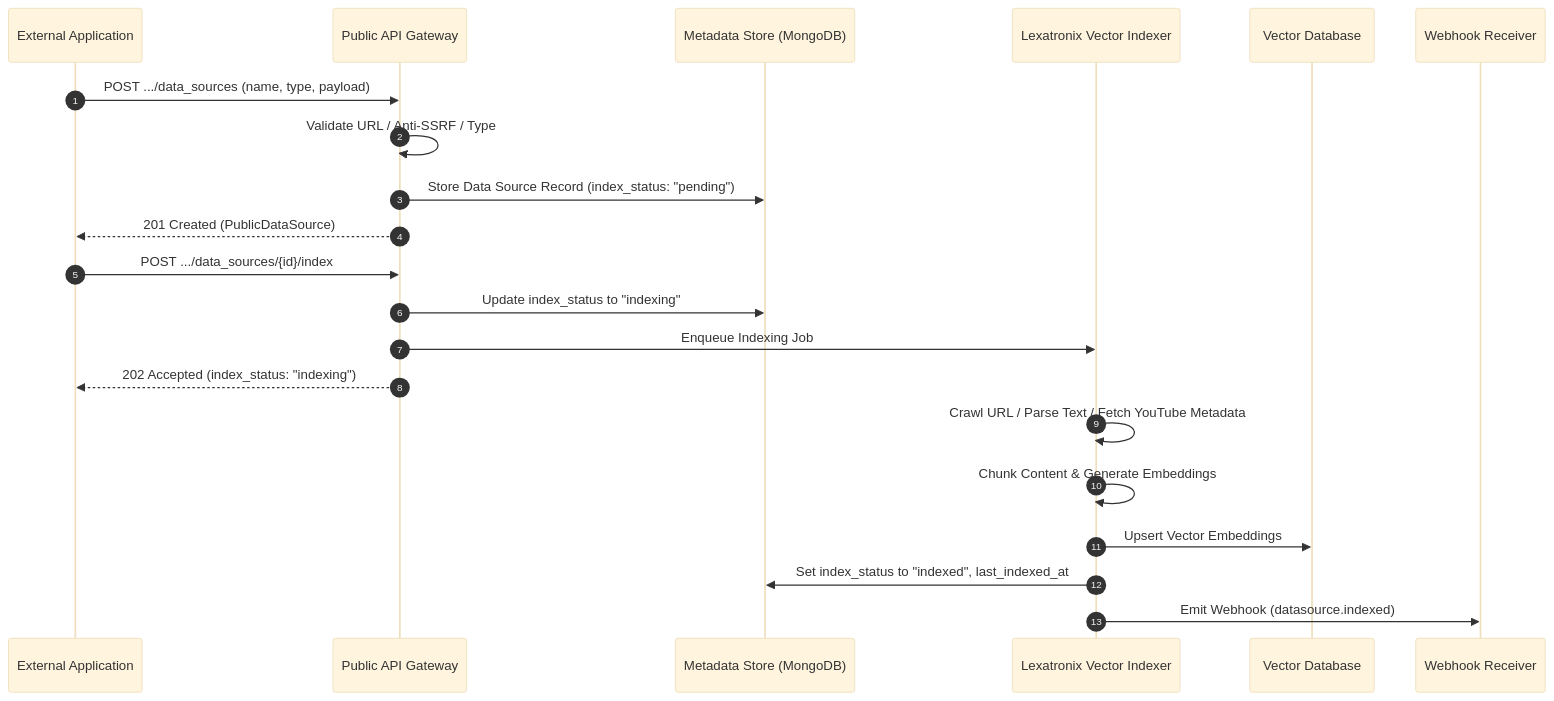
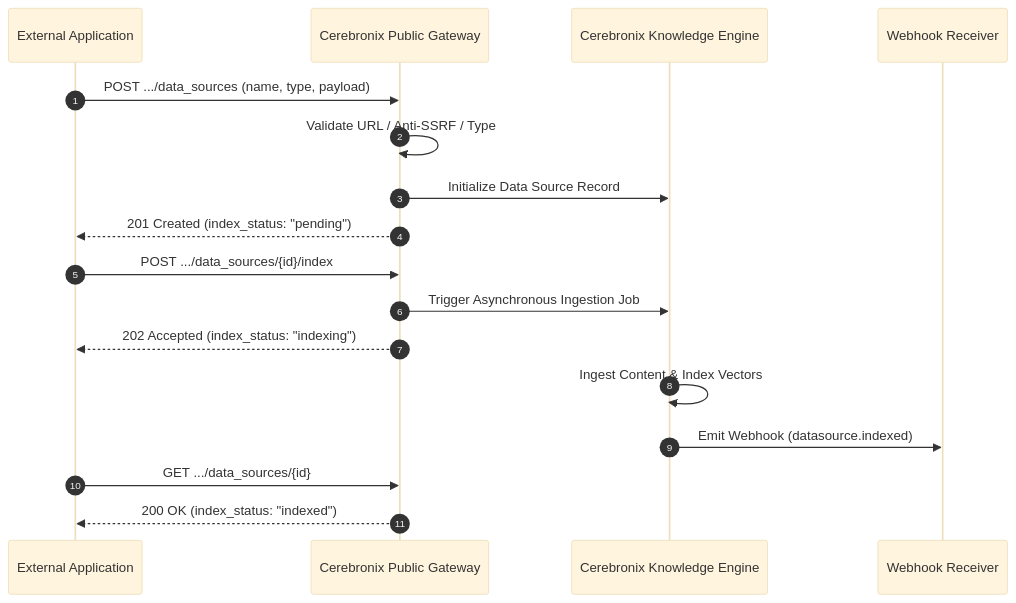
The diagram in apps/socs/content/docs/current/knowledge.mdx (Cerebronix-AI/cerebronix-docs), drawn with Mermaid (base theme) before and after one commit. The commit also changed other lines of this file and 32 other files, not shown here.

Commit message:
feat(docs): enforce black-box architecture and information disclosure safeguards

````diff
--- a/apps/socs/content/docs/current/knowledge.mdx
+++ b/apps/socs/content/docs/current/knowledge.mdx
@@ -19,26 +19,23 @@
 ```mermaid
 sequenceDiagram
     autonumber
     participant App as External Application
-    participant API as Public API Gateway
-    participant DB as Metadata Store (MongoDB)
-    participant Worker as Lexatronix Vector Indexer
-    participant Store as Vector Database
+    participant API as Cerebronix Public Gateway
+    participant Engine as Cerebronix Knowledge Engine
     participant Webhook as Webhook Receiver
 
     App->>API: POST .../data_sources (name, type, payload)
     API->>API: Validate URL / Anti-SSRF / Type
-    API->>DB: Store Data Source Record (index_status: "pending")
-    API-->>App: 201 Created (PublicDataSource)
+    API->>Engine: Initialize Data Source Record
+    API-->>App: 201 Created (index_status: "pending")
     
     App->>API: POST .../data_sources/{id}/index
-    API->>DB: Update index_status to "indexing"
-    API->>Worker: Enqueue Indexing Job
+    API->>Engine: Trigger Asynchronous Ingestion Job
     API-->>App: 202 Accepted (index_status: "indexing")
     
-    Worker->>Worker: Crawl URL / Parse Text / Fetch YouTube Metadata
-    Worker->>Worker: Chunk Content & Generate Embeddings
-    Worker->>Store: Upsert Vector Embeddings
-    Worker->>DB: Set index_status to "indexed", last_indexed_at
-    Worker->>Webhook: Emit Webhook (datasource.indexed)
+    Engine->>Engine: Ingest Content & Index Vectors
+    Engine->>Webhook: Emit Webhook (datasource.indexed)
+    
+    App->>API: GET .../data_sources/{id}
+    API-->>App: 200 OK (index_status: "indexed")
 ```
````
